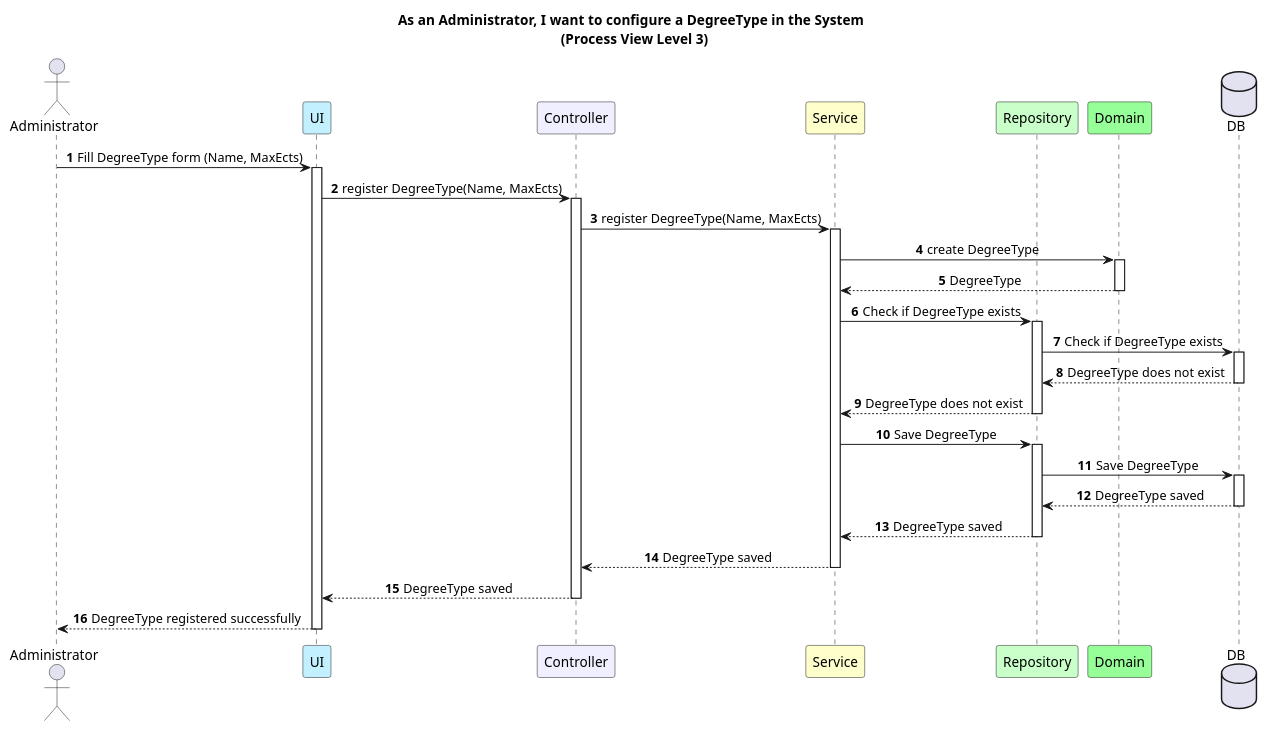
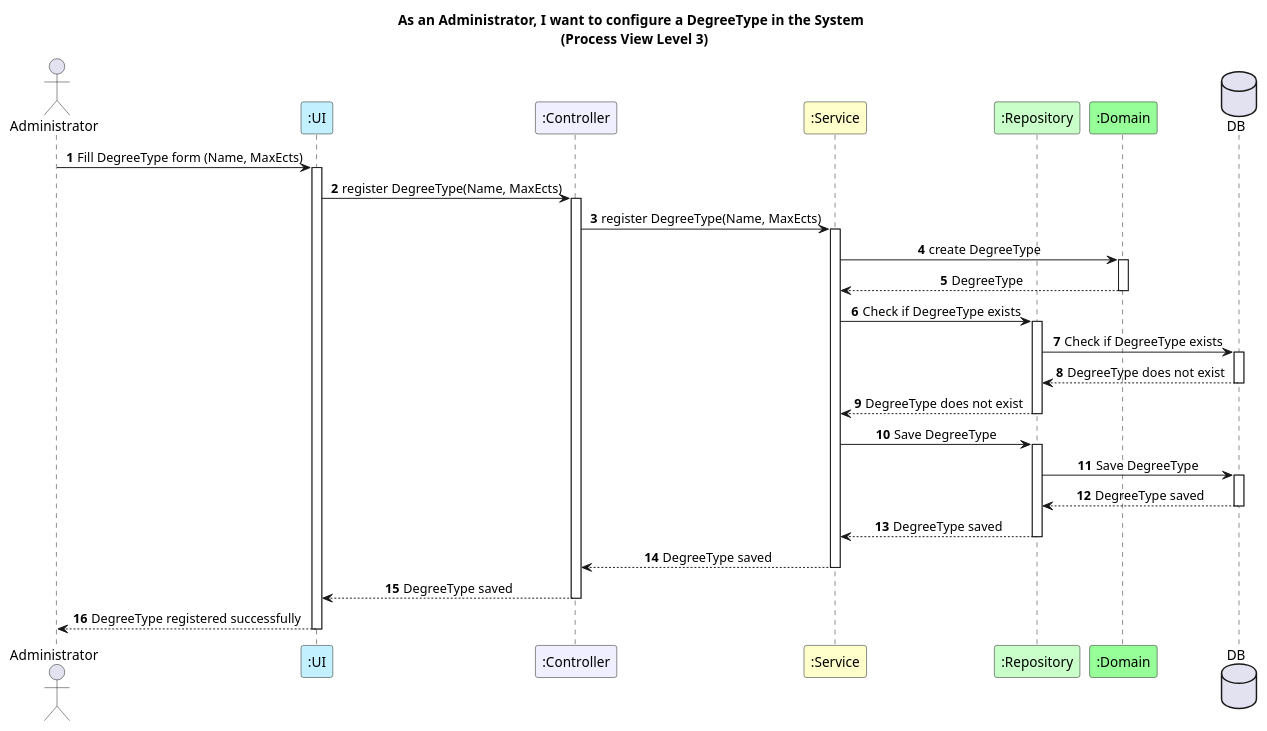
One commit to GasparISEP/DevOps-PAI changed the diagram in docs/US10/REST_API/ProcessView/Level3.puml. Above: the diagram before and after it, drawn with PlantUML.

Commit message:
Minor fix in Level3 Diagram. #524

```diff
--- a/docs/US10/REST_API/ProcessView/Level3.puml
+++ b/docs/US10/REST_API/ProcessView/Level3.puml
@@ -1,62 +1,62 @@
 @startuml
 
 autonumber
 title As an Administrator, I want to configure a DegreeType in the System \n (Process View Level 3)
 
 skinparam sequenceMessageAlign center
 
 actor Administrator
-participant "UI" as UI #application
-participant "Controller" as Controller #motivation
-participant "Service" as Service #business
-participant "Repository" as Repo #technology
-participant "Domain" as Domain #physical
+participant ":UI" as UI #application
+participant ":Controller" as Controller #motivation
+participant ":Service" as Service #business
+participant ":Repository" as Repo #technology
+participant ":Domain" as Domain #physical
 database DB
 
 Administrator -> UI : Fill DegreeType form (Name, MaxEcts)
 activate UI
 UI -> Controller : register DegreeType(Name, MaxEcts)
 activate Controller
 
 Controller -> Service : register DegreeType(Name, MaxEcts)
 activate Service
 
 Service -> Domain : create DegreeType
 activate Domain
 Domain --> Service : DegreeType
 deactivate Domain
 
 Service -> Repo : Check if DegreeType exists
 activate Repo
 
 Repo -> DB : Check if DegreeType exists
 activate DB
 
 DB --> Repo : DegreeType does not exist
 deactivate DB
 
 Repo --> Service : DegreeType does not exist
 deactivate Repo
 
 Service -> Repo : Save DegreeType
 activate Repo
 
 Repo -> DB : Save DegreeType
 activate DB
 
 DB --> Repo : DegreeType saved
 deactivate DB
 
 Repo --> Service : DegreeType saved
 deactivate Repo
 
 Service --> Controller : DegreeType saved
 deactivate Service
 
 Controller --> UI : DegreeType saved
 deactivate Controller
 
 UI --> Administrator : DegreeType registered successfully
 deactivate UI
 
 @enduml
```
